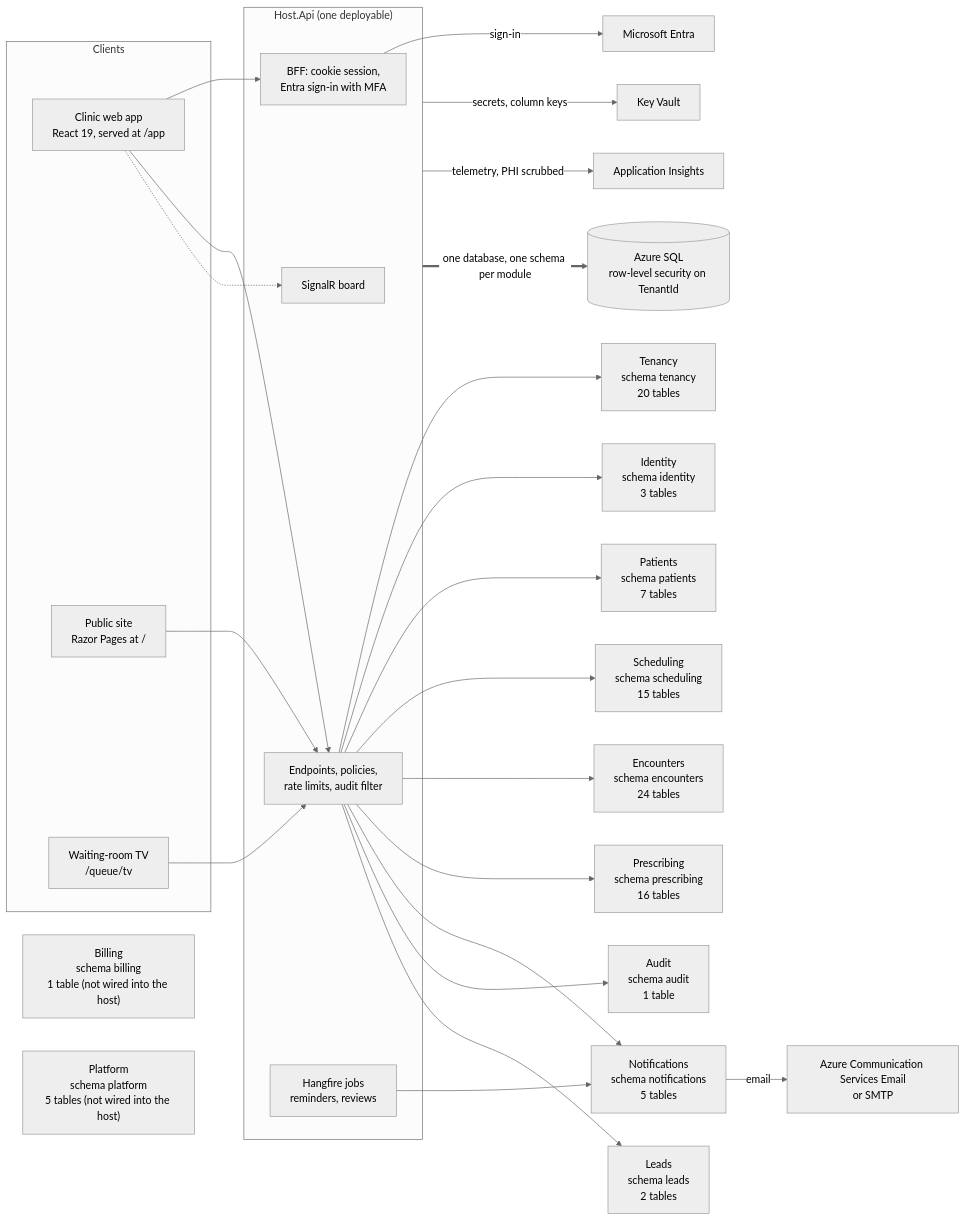
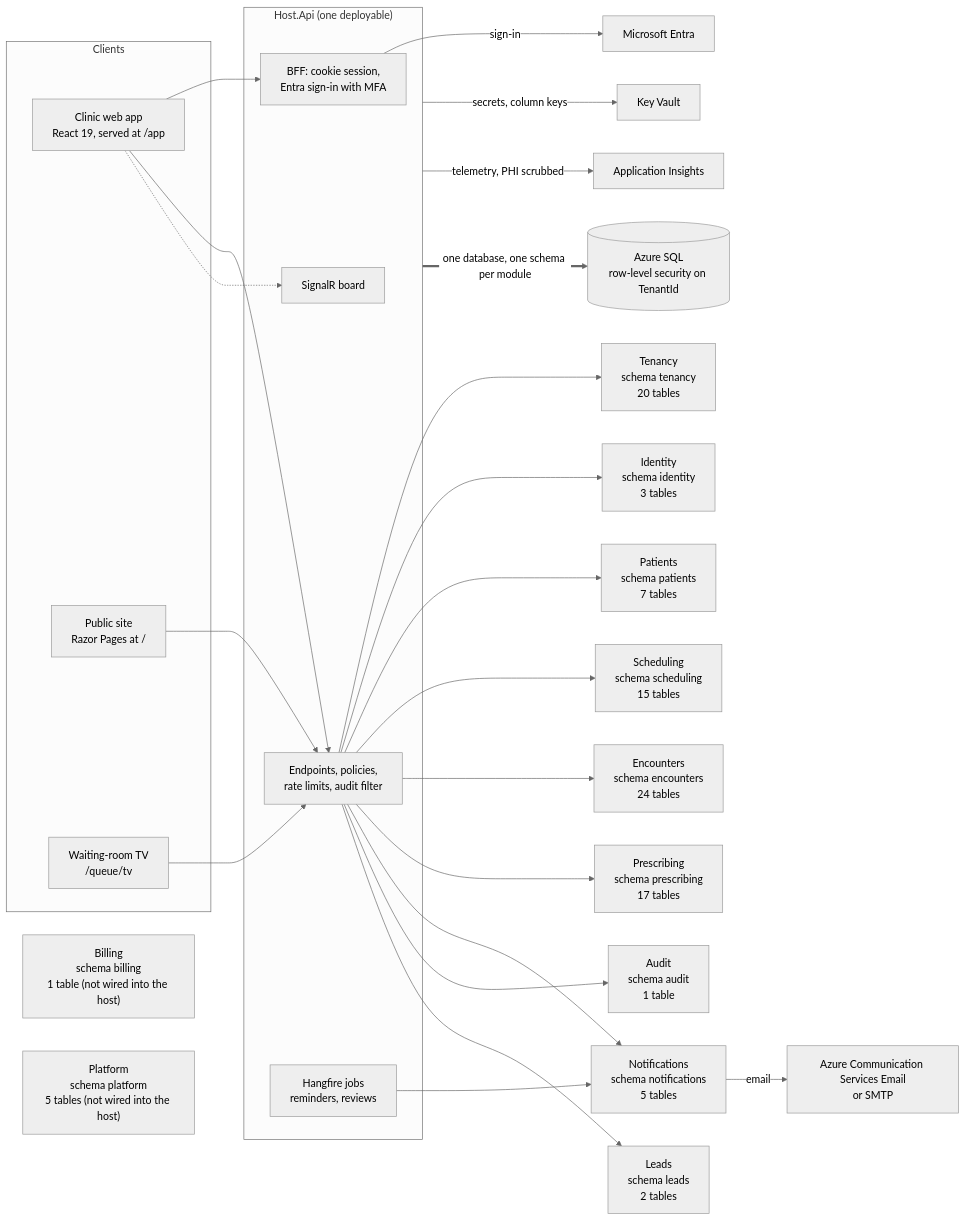
Before and after one commit to ALFRED-LUCIFER/medvya: the first of 14 diagrams in docs/03-architecture/erd.md, drawn with Mermaid (neutral theme). The commit also changed other lines of this file and 35 other files, not shown here.

````diff
--- a/docs/03-architecture/erd.md
+++ b/docs/03-architecture/erd.md
@@ -15,36 +15,36 @@
 ```mermaid
 flowchart LR
   subgraph Clients
     web["Clinic web app<br/>React 19, served at /app"]
     site["Public site<br/>Razor Pages at /"]
     tv["Waiting-room TV<br/>/queue/tv"]
   end
   subgraph Host["Host.Api (one deployable)"]
     bff["BFF: cookie session,<br/>Entra sign-in with MFA"]
     api["Endpoints, policies,<br/>rate limits, audit filter"]
     hub["SignalR board"]
     jobs["Hangfire jobs<br/>reminders, reviews"]
   end
   web --> bff
   web --> api
   web -.-> hub
   tv --> api
   site --> api
   api --> Tenancy["Tenancy<br/>schema tenancy<br/>20 tables"]
   api --> Identity["Identity<br/>schema identity<br/>3 tables"]
   api --> Patients["Patients<br/>schema patients<br/>7 tables"]
   api --> Scheduling["Scheduling<br/>schema scheduling<br/>15 tables"]
   api --> Encounters["Encounters<br/>schema encounters<br/>24 tables"]
-  api --> Prescribing["Prescribing<br/>schema prescribing<br/>16 tables"]
+  api --> Prescribing["Prescribing<br/>schema prescribing<br/>17 tables"]
   api --> Notifications["Notifications<br/>schema notifications<br/>5 tables"]
   api --> Audit["Audit<br/>schema audit<br/>1 table"]
   api --> Leads["Leads<br/>schema leads<br/>2 tables"]
   Billing["Billing<br/>schema billing<br/>1 table (not wired into the host)"]
   Platform["Platform<br/>schema platform<br/>5 tables (not wired into the host)"]
   jobs --> Notifications
   bff -->|"sign-in"| entra["Microsoft Entra"]
   Notifications -->|"email"| mail["Azure Communication Services Email<br/>or SMTP"]
   Host -->|"secrets, column keys"| kv["Key Vault"]
   Host -->|"telemetry, PHI scrubbed"| ai["Application Insights"]
   Host ==>|"one database, one schema per module"| sql[("Azure SQL<br/>row-level security on TenantId")]
 ```
````
